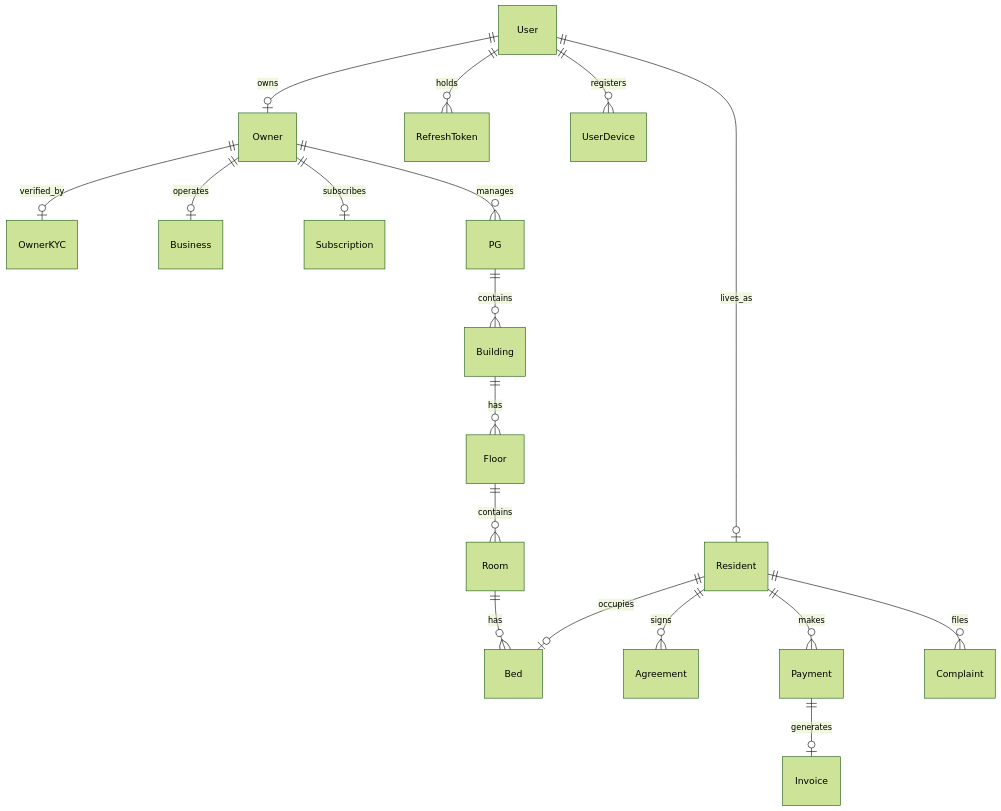
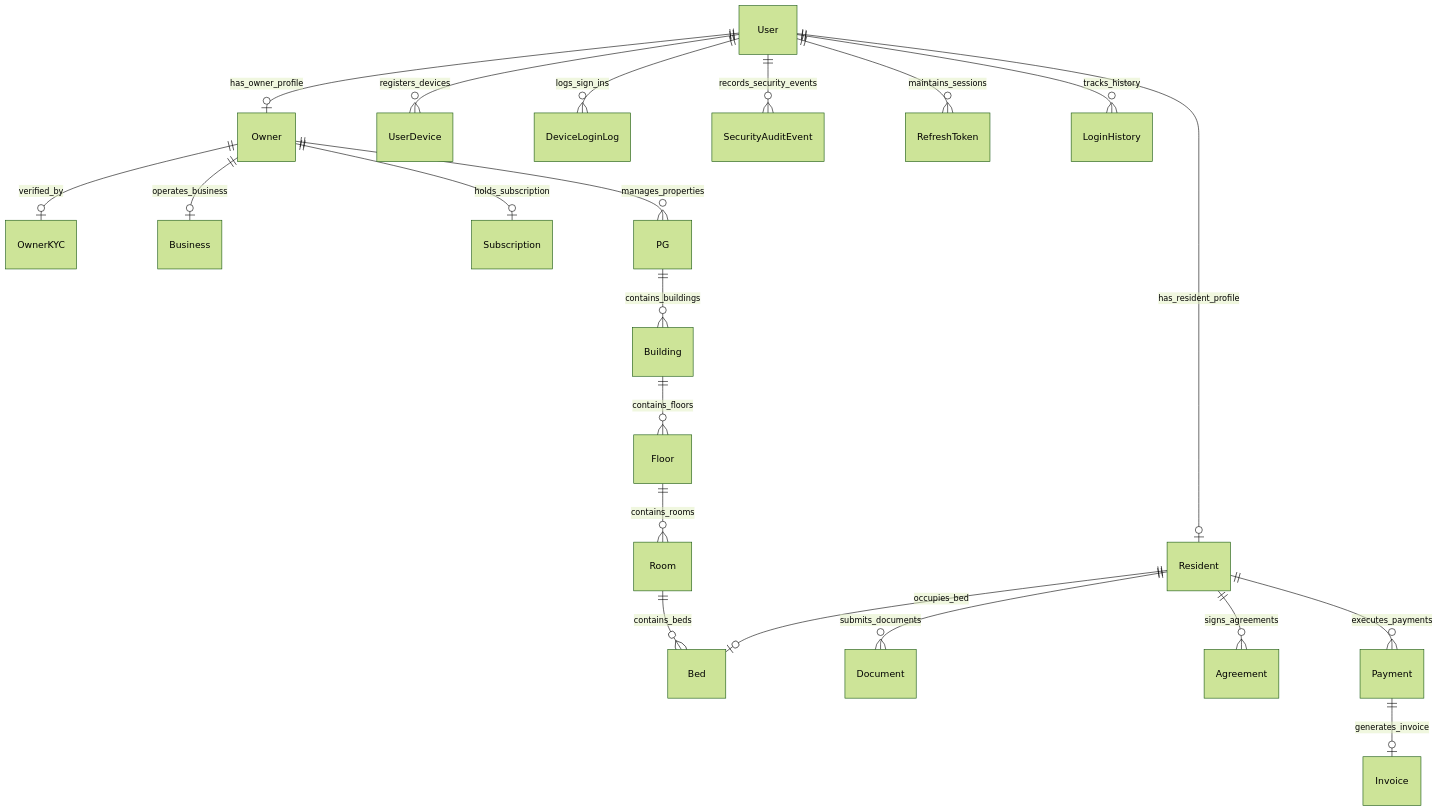
Before and after one commit to ayushman-glb/PG-Management-System: the diagram in SIGNUP_FLOW.md, drawn with Mermaid (forest theme). The commit also changed other lines of this file and 4 other files, not shown here.

````diff
--- a/SIGNUP_FLOW.md
+++ b/SIGNUP_FLOW.md
@@ -368,20 +352,23 @@
 ```mermaid
 erDiagram
-    User ||--o| Owner : "owns"
-    User ||--o| Resident : "lives_as"
-    User ||--o{ RefreshToken : "holds"
-    User ||--o{ UserDevice : "registers"
+    User ||--o| Owner : "has_owner_profile"
+    User ||--o| Resident : "has_resident_profile"
+    User ||--o{ UserDevice : "registers_devices"
+    User ||--o{ DeviceLoginLog : "logs_sign_ins"
+    User ||--o{ SecurityAuditEvent : "records_security_events"
+    User ||--o{ RefreshToken : "maintains_sessions"
+    User ||--o{ LoginHistory : "tracks_history"
     Owner ||--o| OwnerKYC : "verified_by"
-    Owner ||--o| Business : "operates"
-    Owner ||--o| Subscription : "subscribes"
-    Owner ||--o{ PG : "manages"
-    PG ||--o{ Building : "contains"
-    Building ||--o{ Floor : "has"
-    Floor ||--o{ Room : "contains"
-    Room ||--o{ Bed : "has"
-    Resident ||--o| Bed : "occupies"
-    Resident ||--o{ Agreement : "signs"
-    Resident ||--o{ Payment : "makes"
-    Resident ||--o{ Complaint : "files"
-    Payment ||--o| Invoice : "generates"
+    Owner ||--o| Business : "operates_business"
+    Owner ||--o| Subscription : "holds_subscription"
+    Owner ||--o{ PG : "manages_properties"
+    PG ||--o{ Building : "contains_buildings"
+    Building ||--o{ Floor : "contains_floors"
+    Floor ||--o{ Room : "contains_rooms"
+    Room ||--o{ Bed : "contains_beds"
+    Resident ||--o| Bed : "occupies_bed"
+    Resident ||--o{ Document : "submits_documents"
+    Resident ||--o{ Agreement : "signs_agreements"
+    Resident ||--o{ Payment : "executes_payments"
+    Payment ||--o| Invoice : "generates_invoice"
 ```
````
